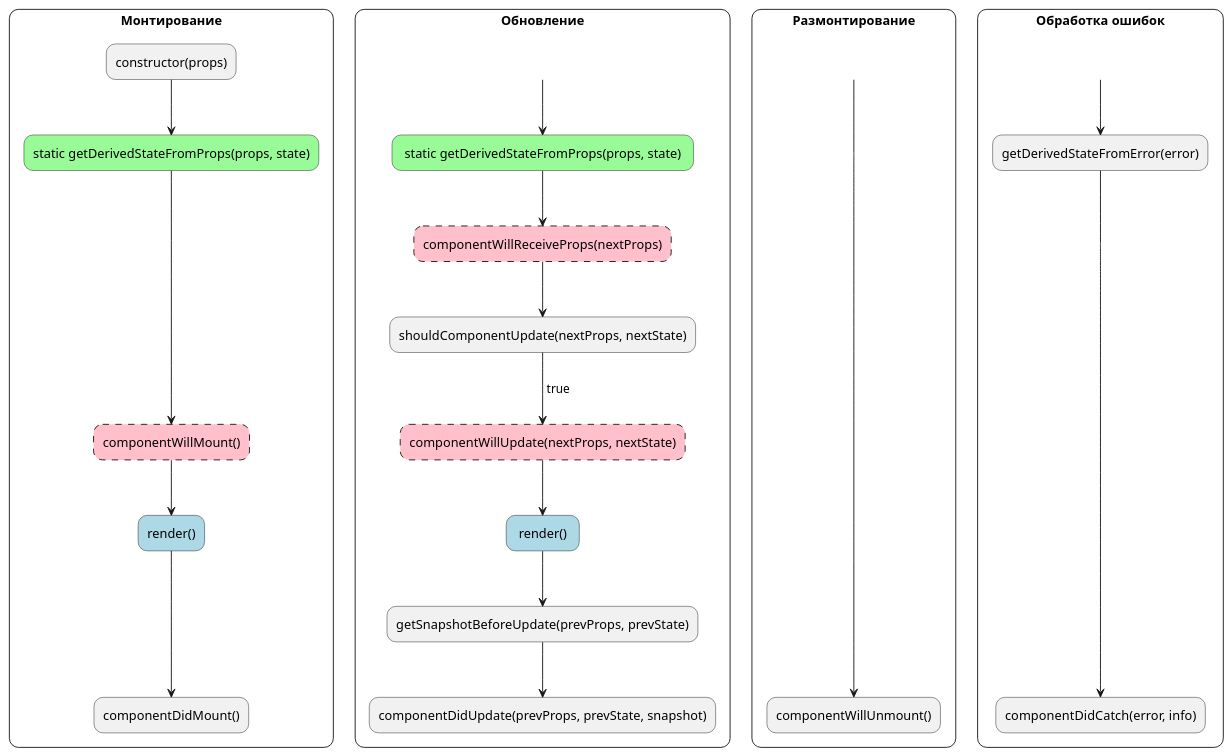
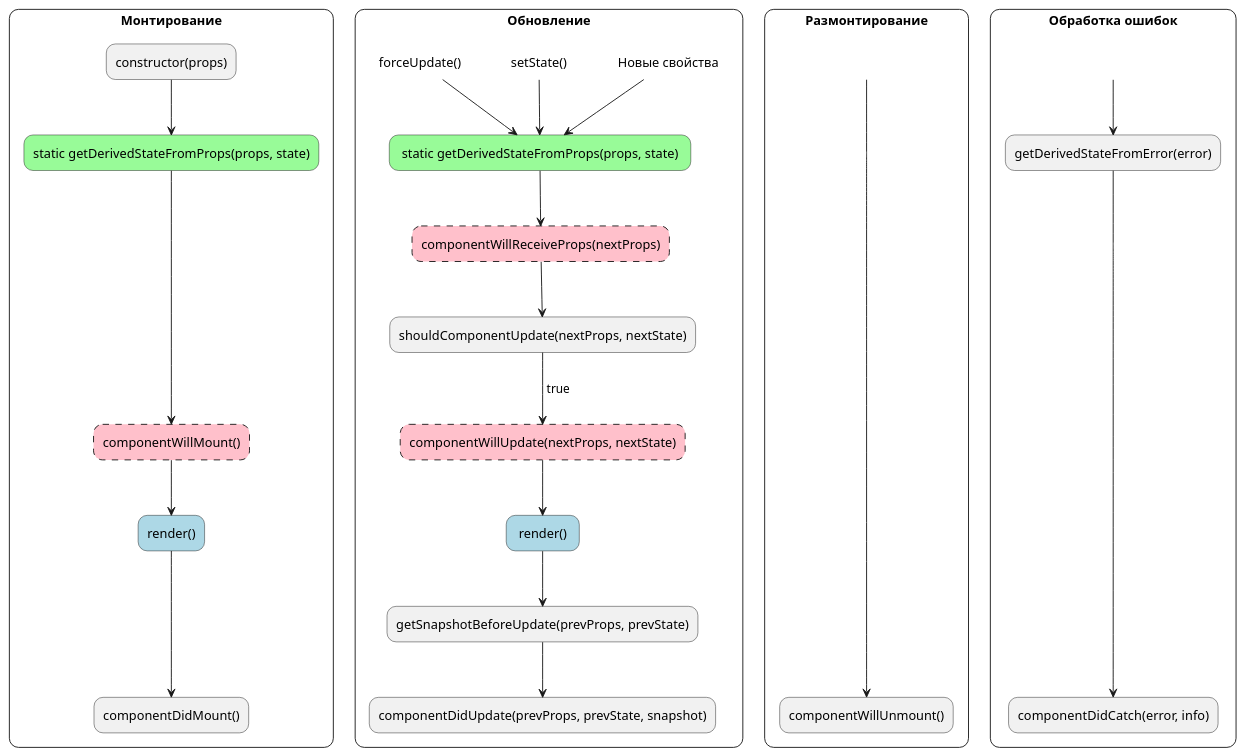
The diagram in README.md (HunteRPVP/React-Lifecycle-Diagram), drawn with PlantUML before and after one commit. The commit also changed other lines of this file, not shown here.

````diff
--- a/README.md
+++ b/README.md
@@ -3,61 +3,65 @@
 ```plantuml
 @startuml
 skinparam rectangle {
 RoundCorner 20
 shadowing false
 }
 
 rectangle Монтирование {
 
 rectangle "constructor(props)" as con
 rectangle "static getDerivedStateFromProps(props, state)" as gdsfp1 #palegreen
 rectangle "componentWillMount()" as cwm #pink;line.dashed
 rectangle "render()" as ren #lightblue
 rectangle "componentDidMount()" as cdm
 
 con --> gdsfp1
 gdsfp1 ----> cwm
 cwm --> ren
 ren ---> cdm
 }
 
 rectangle Обновление {
 
-rectangle "empty " as e #transparent;line:transparent;text:transparent
+rectangle "Новые свойства" as props #transparent;line:transparent
+rectangle "setState()" as state #transparent;line:transparent
+rectangle "forceUpdate()" as fu #transparent;line:transparent
 rectangle " static getDerivedStateFromProps(props, state) " as gdsfp #palegreen
 rectangle "componentWillReceiveProps(nextProps)" as cwrp #pink;line.dashed
 rectangle "shouldComponentUpdate(nextProps, nextState)" as scu
 rectangle "componentWillUpdate(nextProps, nextState)" as cwu #pink;line.dashed
 rectangle " render() " as r #lightblue
 rectangle "getSnapshotBeforeUpdate(prevProps, prevState)" as gsbu
 rectangle "componentDidUpdate(prevProps, prevState, snapshot)" as cdu
 
-e --> gdsfp
+props -D-> gdsfp
+state -D-> gdsfp
+fu -D-> gdsfp
 gdsfp --> cwrp
 cwrp --> scu
 scu --> cwu : " true"
 cwu --> r
 r --> gsbu
 gsbu --> cdu
 }
 
 rectangle Размонтирование {
 
 rectangle empty #transparent;line:transparent;text:transparent
 rectangle "componentWillUnmount()" as cwum
 
 empty --------> cwum
 }
 
 rectangle "Обработка ошибок" {
 
 rectangle "empty  " as em #transparent;line:transparent;text:transparent
 
 rectangle "getDerivedStateFromError(error)" as gdsfe
 rectangle "componentDidCatch(error, info)" as cdc
 
 em --> gdsfe
 gdsfe -------> cdc
 }
 @enduml
 ```
````
